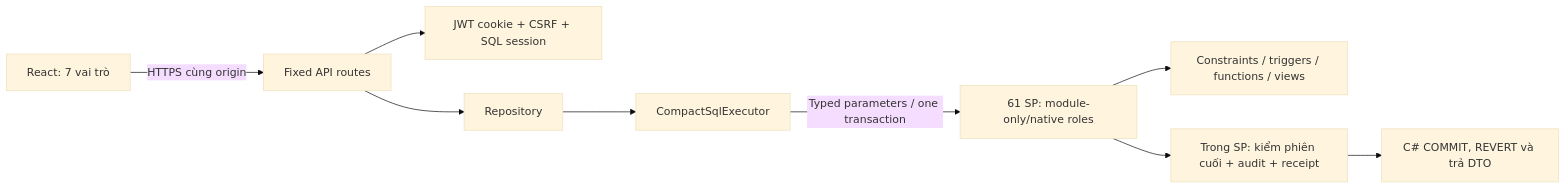
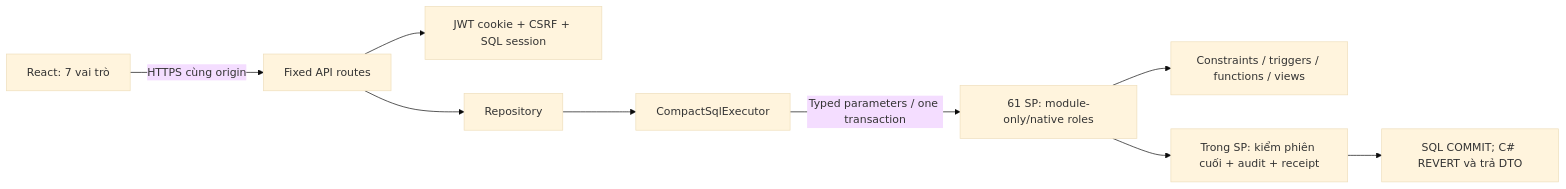
Before and after one commit to quangbru376-blip/DBMS12_EnglishCenter: the diagram in memory/03_ARCHITECTURE.md, drawn with Mermaid (base theme). The commit also changed other lines of this file and 350 other files, not shown here.

````diff
--- a/memory/03_ARCHITECTURE.md
+++ b/memory/03_ARCHITECTURE.md
@@ -3,11 +3,11 @@
 ```mermaid
 flowchart LR
  UI[React: 7 vai trò] -->|HTTPS cùng origin| HTTP[Fixed API routes]
  HTTP --> AUTH[JWT cookie + CSRF + SQL session]
  HTTP --> REPO[Repository]
  REPO --> EXEC[CompactSqlExecutor]
  EXEC -->|Typed parameters / one transaction| SQL[61 SP: module-only/native roles]
  SQL --> GUARD[Constraints / triggers / functions / views]
  SQL --> AUDIT[Trong SP: kiểm phiên cuối + audit + receipt]
- AUDIT --> COMMIT[C# COMMIT, REVERT và trả DTO]
+ AUDIT --> COMMIT[SQL COMMIT; C# REVERT và trả DTO]
 ```
````
